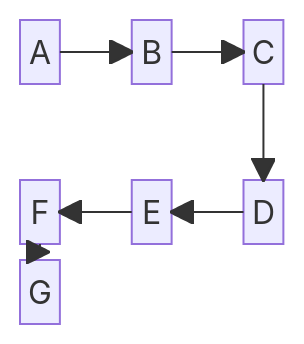
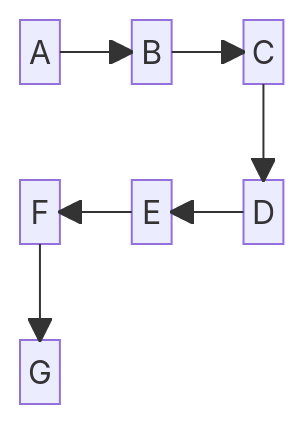
The second of 2 diagrams in do-files/README.md (agrogan1/Stata), drawn with Mermaid before and after one commit.

````diff
--- a/do-files/README.md
+++ b/do-files/README.md
@@ -29,15 +29,16 @@
 ```mermaid
 block-beta
    columns 5
    A space B space C
    space space space space space
    F space E space D
+   space space space space space
    G space space space space
 
    A --> B
    B --> C
    C --> D
    D --> E
    E --> F
    F --> G
 ```
````
